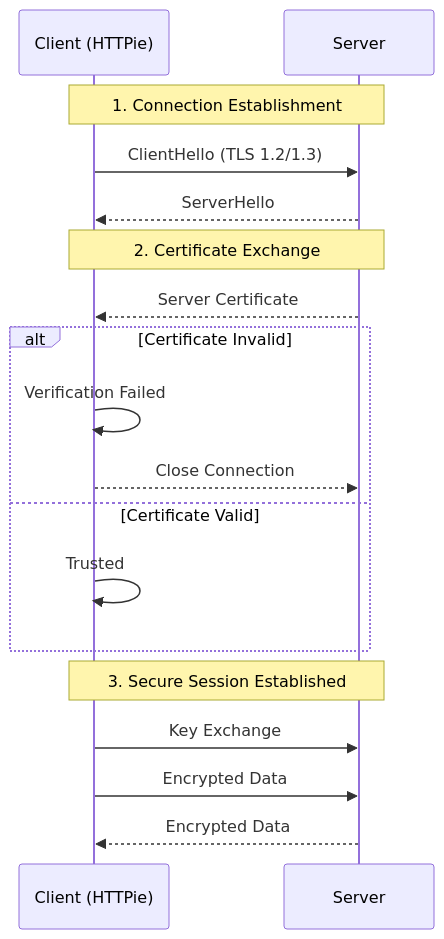
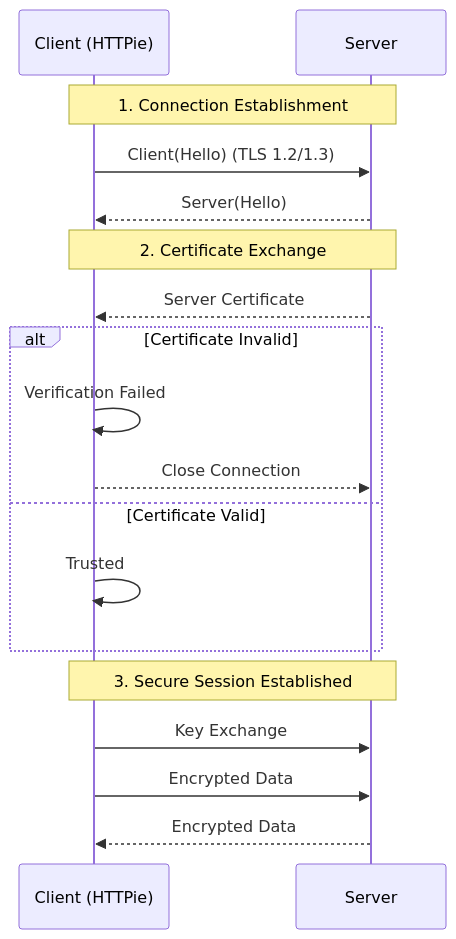
Before and after one commit to conCatenateAbdul/WriteOps-studio: the diagram in docs/troubleshooting/common-issues.md, drawn with Mermaid.

````diff
--- a/docs/troubleshooting/common-issues.md
+++ b/docs/troubleshooting/common-issues.md
@@ -20,25 +20,25 @@
 ```mermaid
 %% GitHub-compatible Mermaid sequence diagram (no bidirectional arrows)
 sequenceDiagram
     participant C as Client (HTTPie)
     participant S as Server
 
     Note over C,S: 1. Connection Establishment
-    C->>S: ClientHello (TLS 1.2/1.3)
-    S-->>C: ServerHello
+    C->>S: Client(Hello) (TLS 1.2/1.3)
+    S-->>C: Server(Hello)
 
     Note over C,S: 2. Certificate Exchange
     S-->>C: Server Certificate
 
     alt Certificate Invalid
         C->>C: Verification Failed
         C-->>S: Close Connection
     else Certificate Valid
         C->>C: Trusted
     end
 
     Note over C,S: 3. Secure Session Established
     C->>S: Key Exchange
     C->>S: Encrypted Data
     S-->>C: Encrypted Data
 ```
````
